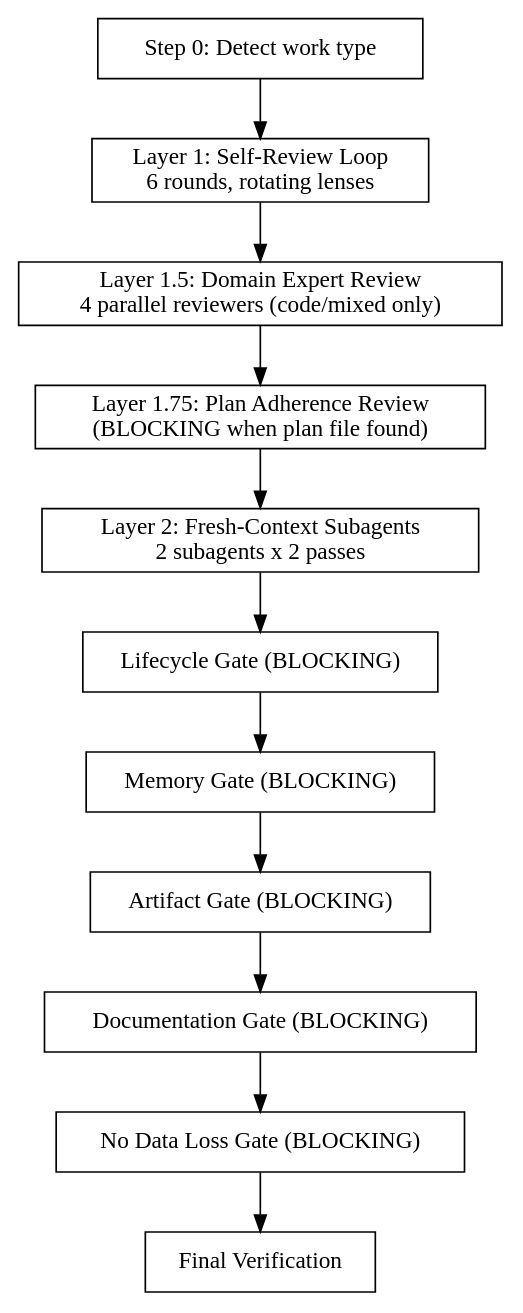
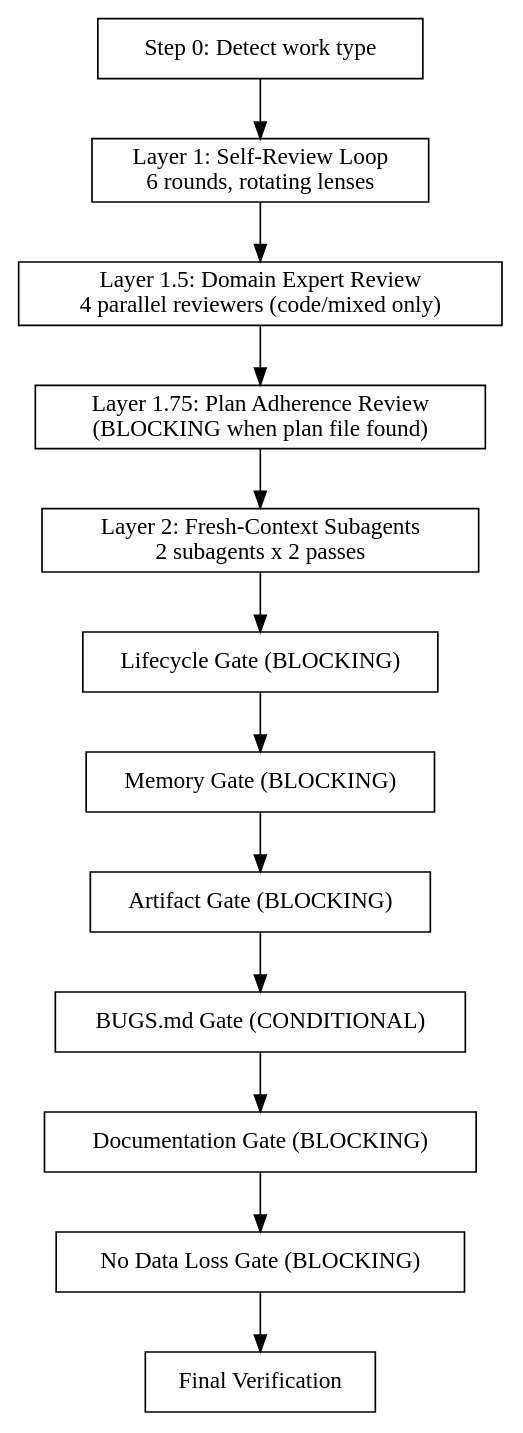
Before and after one commit to wgordon17/personal-claude-marketplace: the diagram in code-quality/skills/quality-gate/SKILL.md, drawn with Graphviz. The commit also changed other lines of this file and 7 other files, not shown here.

````diff
--- a/code-quality/skills/quality-gate/SKILL.md
+++ b/code-quality/skills/quality-gate/SKILL.md
@@ -33,18 +33,19 @@
 ```dot
 digraph quality_gate {
   rankdir=TB;
   node [shape=box];
   detect [label="Step 0: Detect work type"];
   layer1 [label="Layer 1: Self-Review Loop\n6 rounds, rotating lenses"];
   layer1_5 [label="Layer 1.5: Domain Expert Review\n4 parallel reviewers (code/mixed only)"];
   layer1_75 [label="Layer 1.75: Plan Adherence Review\n(BLOCKING when plan file found)"];
   layer2 [label="Layer 2: Fresh-Context Subagents\n2 subagents x 2 passes"];
   lifecycle [label="Lifecycle Gate (BLOCKING)"];
   memory [label="Memory Gate (BLOCKING)"];
   artifact [label="Artifact Gate (BLOCKING)"];
+  bugs [label="BUGS.md Gate (CONDITIONAL)"];
   docs [label="Documentation Gate (BLOCKING)"];
   nodataloss [label="No Data Loss Gate (BLOCKING)"];
   final [label="Final Verification"];
-  detect -> layer1 -> layer1_5 -> layer1_75 -> layer2 -> lifecycle -> memory -> artifact -> docs -> nodataloss -> final;
+  detect -> layer1 -> layer1_5 -> layer1_75 -> layer2 -> lifecycle -> memory -> artifact -> bugs -> docs -> nodataloss -> final;
 }
 ```
````
